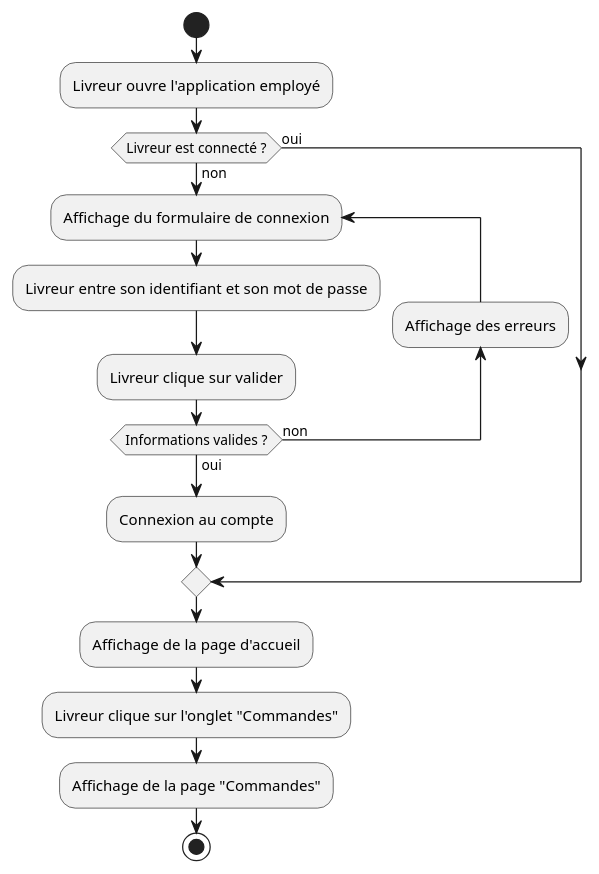
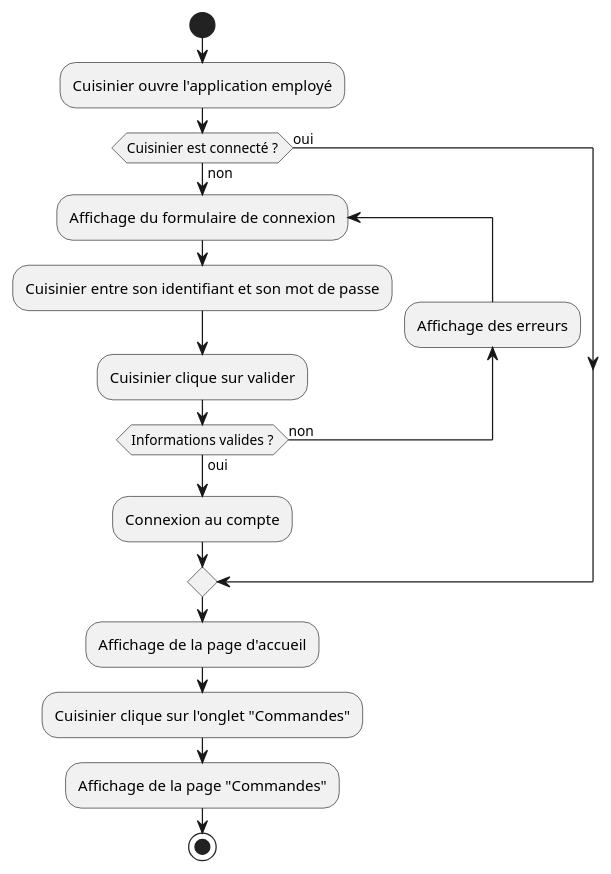
One commit to Gumpah/project_6 changed the diagram in diagrams/worker_list_orders.puml. Above: the diagram before and after it, drawn with PlantUML. The commit also changed 7 other files, not shown here.

Commit message:
Updating diagrams

```diff
--- a/diagrams/worker_list_orders.puml
+++ b/diagrams/worker_list_orders.puml
@@ -1,20 +1,20 @@
 @startuml
 'https://plantuml.com/activity-diagram-beta
 
 start
-:Livreur ouvre l'application employé;
-if (Livreur est connecté ?) then (oui)
+:Cuisinier ouvre l'application employé;
+if (Cuisinier est connecté ?) then (oui)
 else (non)
 repeat :Affichage du formulaire de connexion;
-:Livreur entre son identifiant et son mot de passe;
-:Livreur clique sur valider;
+:Cuisinier entre son identifiant et son mot de passe;
+:Cuisinier clique sur valider;
 backward:Affichage des erreurs;
 repeat while (Informations valides ?) is (non) not (oui)
 :Connexion au compte;
 endif
 :Affichage de la page d'accueil;
-:Livreur clique sur l'onglet "Commandes";
+:Cuisinier clique sur l'onglet "Commandes";
 :Affichage de la page "Commandes";
 stop
 
 @enduml
```
